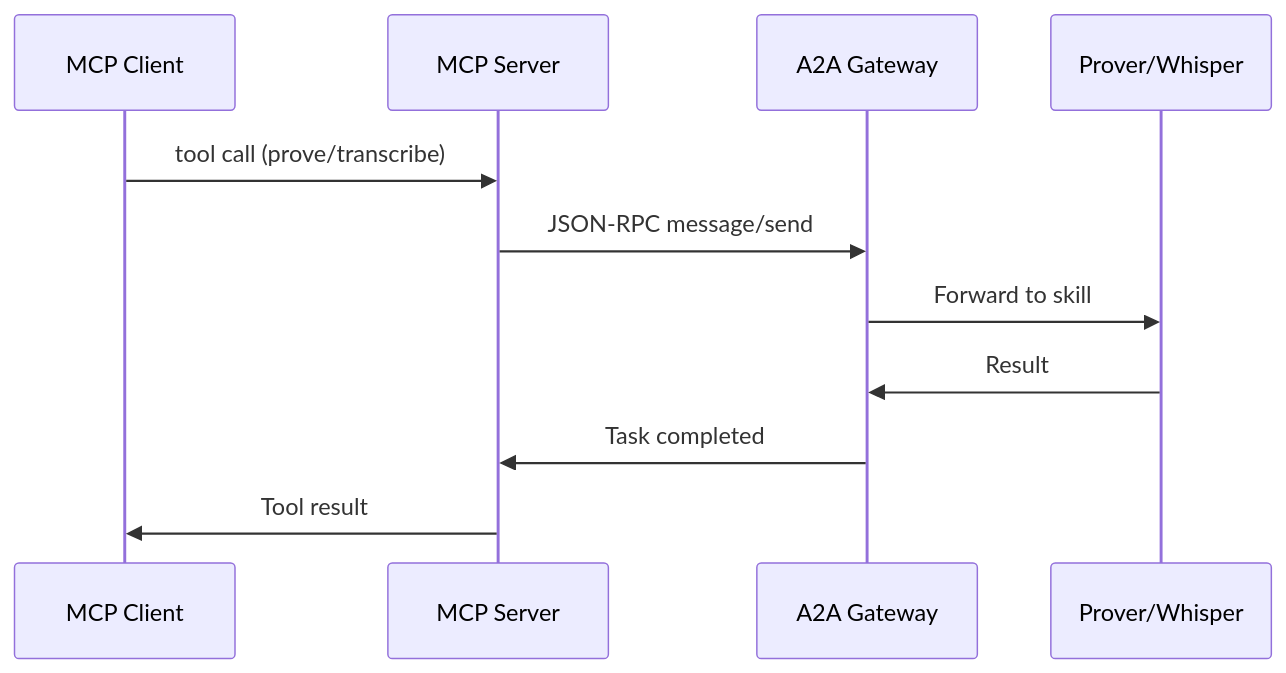
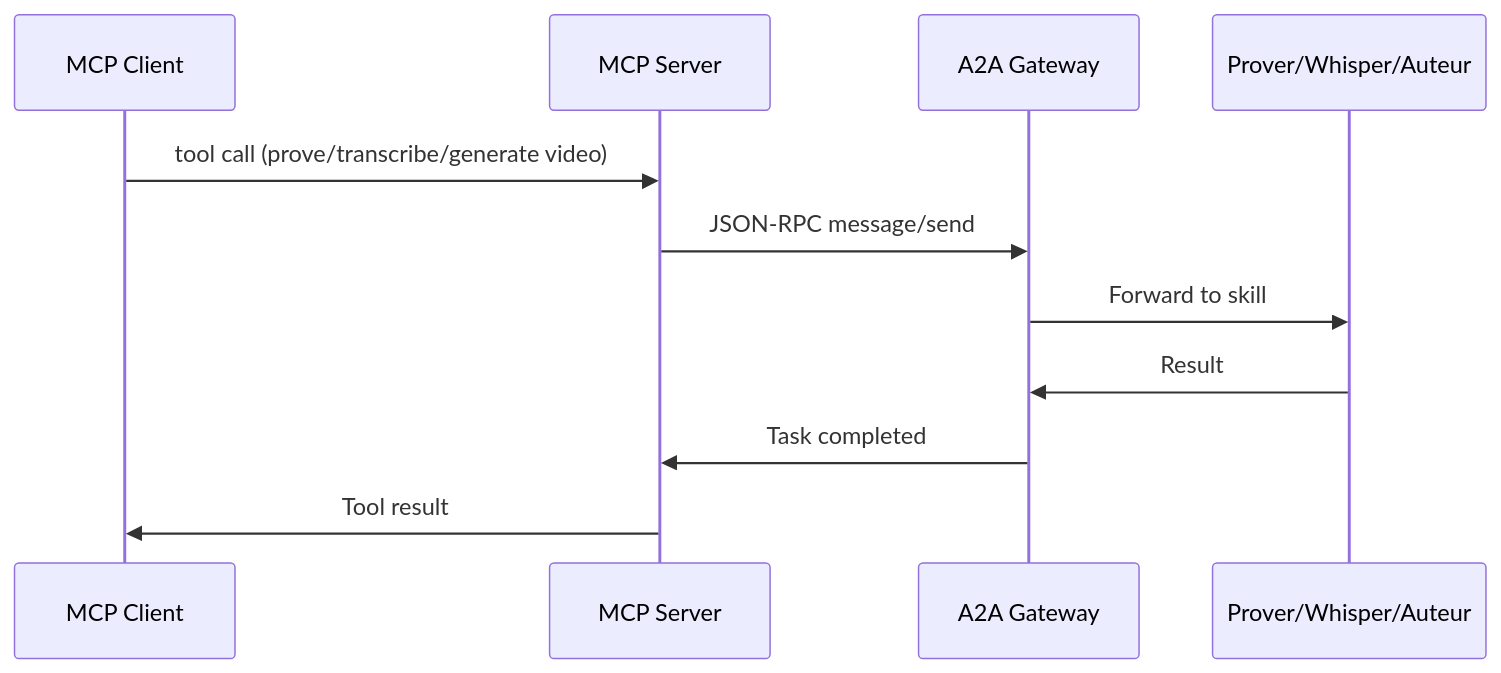
The third of 3 diagrams in docs/architecture.md (antoine1anthony/spark-cluster-public), drawn with Mermaid before and after one commit. The commit also changed other lines of this file and 21 other files, not shown here.

Commit message:
feat: Add Auteur System v2 with A2A integration and video generation

````diff
--- a/docs/architecture.md
+++ b/docs/architecture.md
@@ -78,14 +106,14 @@
 ```mermaid
 sequenceDiagram
     participant C as MCP Client
     participant M as MCP Server
     participant G as A2A Gateway
-    participant P as Prover/Whisper
+    participant P as Prover/Whisper/Auteur
     
-    C->>M: tool call (prove/transcribe)
+    C->>M: tool call (prove/transcribe/generate video)
     M->>G: JSON-RPC message/send
     G->>P: Forward to skill
     P->>G: Result
     G->>M: Task completed
     M->>C: Tool result
 ```
````
